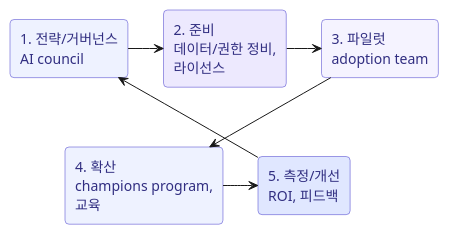
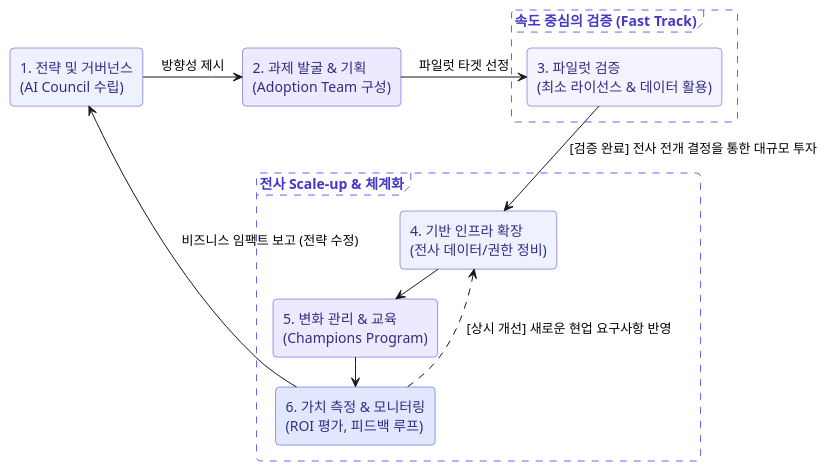
One commit to noisonnoiton/ab-731 changed the diagram in docs/domain3-implementation-adoption/02-adoption.md. Above: the diagram before and after it, drawn with PlantUML. The commit also changed 8 other files, not shown here.

````diff
--- a/docs/domain3-implementation-adoption/02-adoption.md
+++ b/docs/domain3-implementation-adoption/02-adoption.md
@@ -69,22 +69,43 @@
 ```plantuml
-@startuml Adoption
+@startuml AI_Adoption_Journey
 skinparam defaultFontName Sans-Serif
 skinparam roundcorner 8
 skinparam rectangle {
   BorderColor #4338ca
   FontColor #312e81
 }
+skinparam frame {
+  BorderColor #6366f1
+  BorderStyle dashed
+  FontColor #4338ca
+}
 
-rectangle "1. 전략/거버넌스\nAI council" as A #EEF2FF
-rectangle "2. 준비\n데이터/권한 정비,\n라이선스" as B #EDE9FE
-rectangle "3. 파일럿\nadoption team" as C #F5F3FF
-rectangle "4. 확산\nchampions program,\n교육" as D #EEF2FF
-rectangle "5. 측정/개선\nROI, 피드백" as E #E0E7FF
+rectangle "1. 전략 및 거버넌스\n(AI Council 수립)" as A #EEF2FF
+rectangle "2. 과제 발굴 & 기획\n(Adoption Team 구성)" as B #EDE9FE
 
-A -right-> B
-B -right-> C
-C -right-> D
+frame "속도 중심의 검증 (Fast Track)" {
+  rectangle "3. 파일럿 검증\n(최소 라이선스 & 데이터 활용)" as C #F5F3FF
+}
+
+frame "전사 Scale-up & 체계화" {
+  rectangle "4. 기반 인프라 확장\n(전사 데이터/권한 정비)" as D #EEF2FF
+  rectangle "5. 변화 관리 & 교육\n(Champions Program)" as E #EDE9FE
+  rectangle "6. 가치 측정 & 모니터링\n(ROI 평가, 피드백 루프)" as F #E0E7FF
+}
+
+' 흐름 정의
+A -right-> B : 방향성 제시
+B -right-> C : 파일럿 타겟 선정
+
+' 파일럿 성공 후 본격 확장
+C -down-> D : [검증 완료] 전사 전개 결정을 통한 대규모 투자
+
+' 전사 확산 루프
 D -right-> E
-E -up-> A
+E -right-> F
+F .up.> D : [상시 개선] 새로운 현업 요구사항 반영
+
+' 거버넌스로의 피드백
+F -> A : 비즈니스 임팩트 보고 (전략 수정)
 @enduml
 ```
````
